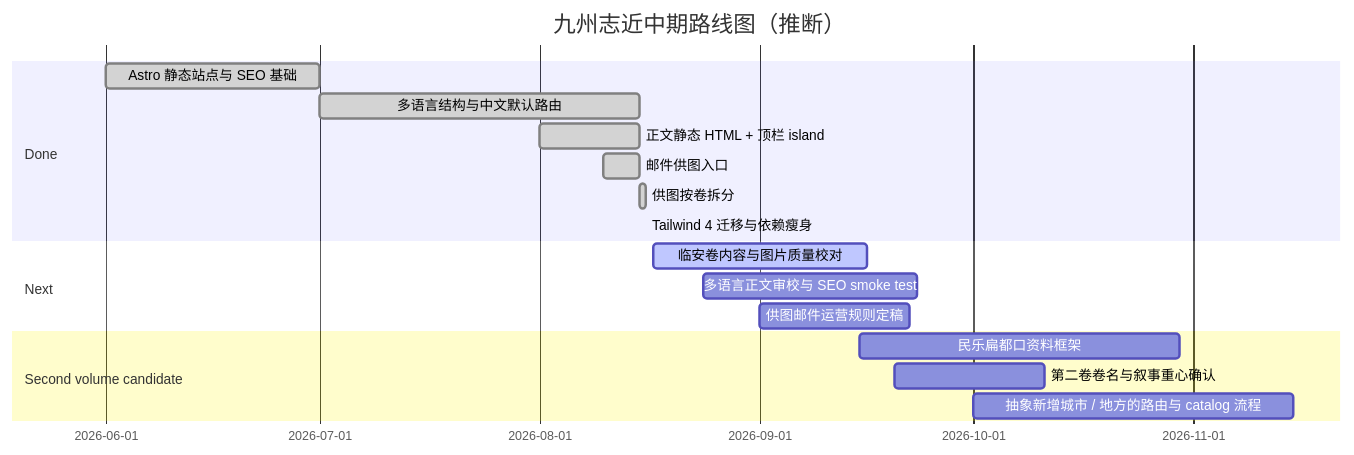
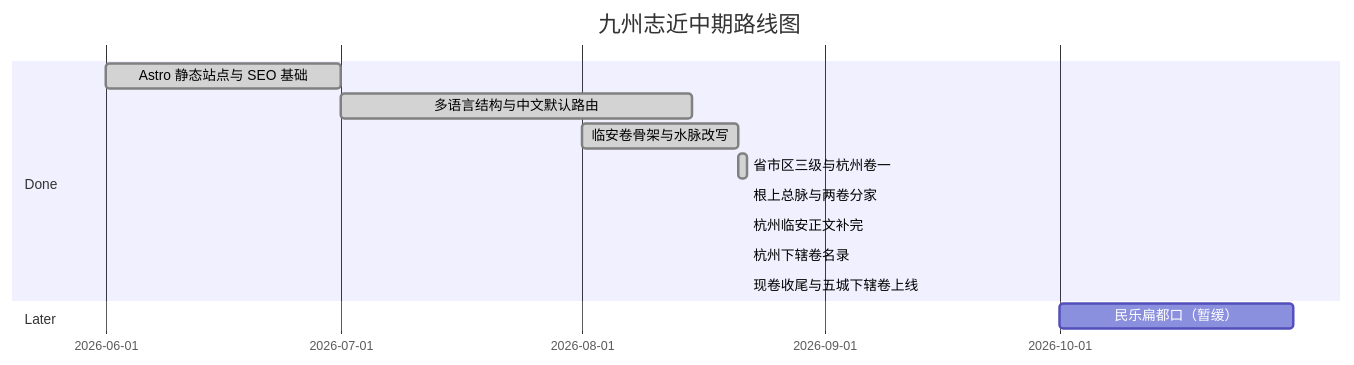
The diagram in brain/roadmap.md (robinv8/jiuzhou-world), drawn with Mermaid before and after one commit. The commit also changed other lines of this file and 188 other files, not shown here.

````diff
--- a/brain/roadmap.md
+++ b/brain/roadmap.md
@@ -12,22 +12,17 @@
 ```mermaid
 gantt
-  title 九州志近中期路线图（推断）
+  title 九州志近中期路线图
   dateFormat  YYYY-MM-DD
   section Done
   Astro 静态站点与 SEO 基础           :done, 2026-06-01, 2026-07-01
   多语言结构与中文默认路由             :done, 2026-07-01, 2026-08-15
-  正文静态 HTML + 顶栏 island          :done, 2026-08-01, 2026-08-15
-  邮件供图入口                         :done, 2026-08-10, 2026-08-15
-  供图按卷拆分                         :done, 2026-08-15, 2026-08-16
-  Tailwind 4 迁移与依赖瘦身             :done, 2026-08-16, 2026-08-16
+  临安卷骨架与水脉改写                 :done, 2026-08-01, 2026-08-21
+  省市区三级与杭州卷一                 :done, 2026-08-21, 2026-08-22
+  根上总脉与两卷分家                   :done, 2026-08-22, 2026-08-22
+  杭州临安正文补完                     :done, 2026-08-22, 2026-08-22
+  杭州下辖卷名录                       :done, 2026-08-22, 2026-08-22
+  现卷收尾与五城下辖卷上线             :done, 2026-08-22, 2026-08-22
 
-  section Next
-  临安卷内容与图片质量校对              :active, 2026-08-17, 30d
-  多语言正文审校与 SEO smoke test       :2026-08-24, 30d
-  供图邮件运营规则定稿                  :2026-09-01, 21d
-
-  section Second volume candidate
-  民乐扁都口资料框架                   :2026-09-15, 45d
-  第二卷卷名与叙事重心确认              :2026-09-20, 21d
-  抽象新增城市 / 地方的路由与 catalog 流程 :2026-10-01, 45d
+  section Later
+  民乐扁都口（暂缓）                   :2026-10-01, 30d
 ```
````
